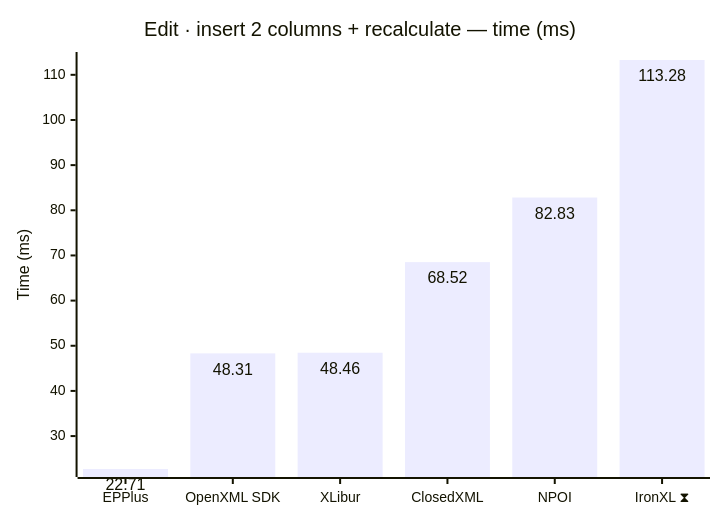
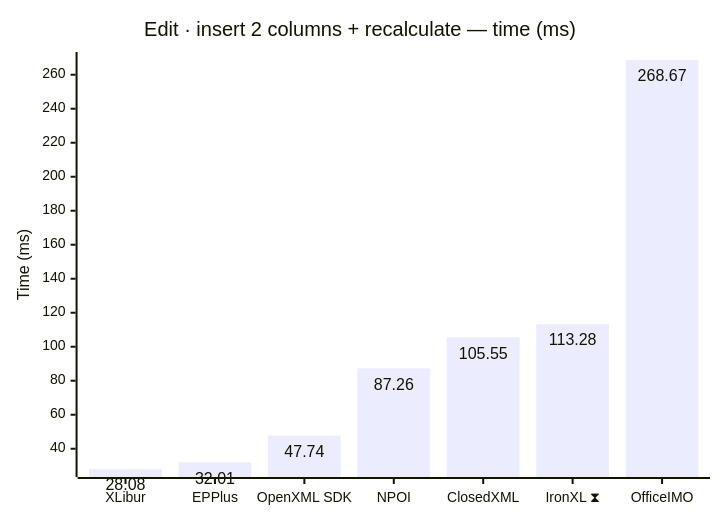
Diagram 11 of 12 in docs/results-ci.md (jafin/XLBench), drawn with Mermaid before and after one commit. The commit also changed other lines of this file, not shown here.

````diff
--- a/docs/results-ci.md
+++ b/docs/results-ci.md
@@ -171,12 +173,12 @@
 ```mermaid
 ---
 config:
   xyChart:
     showDataLabel: true
 ---
 xychart-beta
     title "Edit · insert 2 columns + recalculate — time (ms)"
-    x-axis ["EPPlus", "OpenXML SDK", "XLibur", "ClosedXML", "NPOI", "IronXL ⧗"]
+    x-axis ["XLibur", "EPPlus", "OpenXML SDK", "NPOI", "ClosedXML", "IronXL ⧗", "OfficeIMO"]
     y-axis "Time (ms)"
-    bar [22.71, 48.31, 48.46, 68.52, 82.83, 113.28]
+    bar [28.08, 32.01, 47.74, 87.26, 105.55, 113.28, 268.67]
 ```
````
